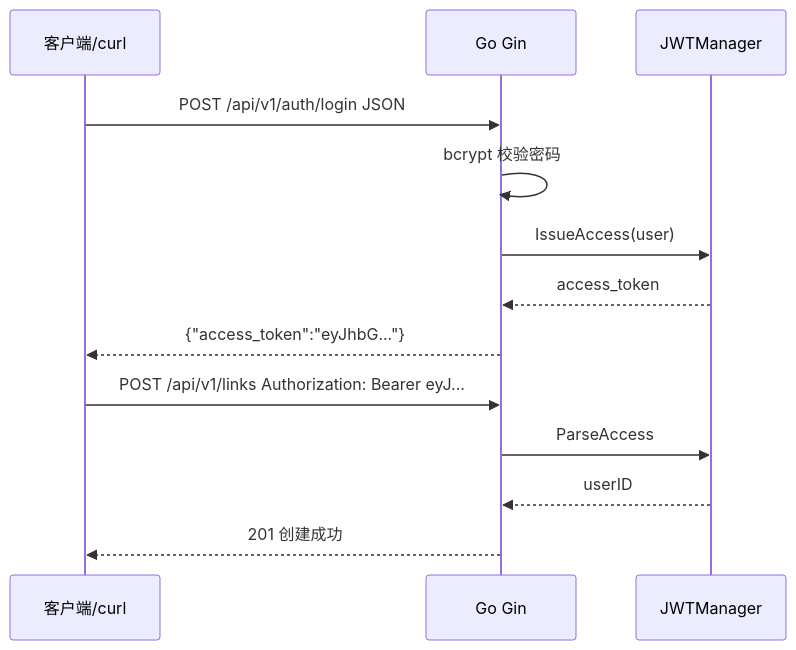
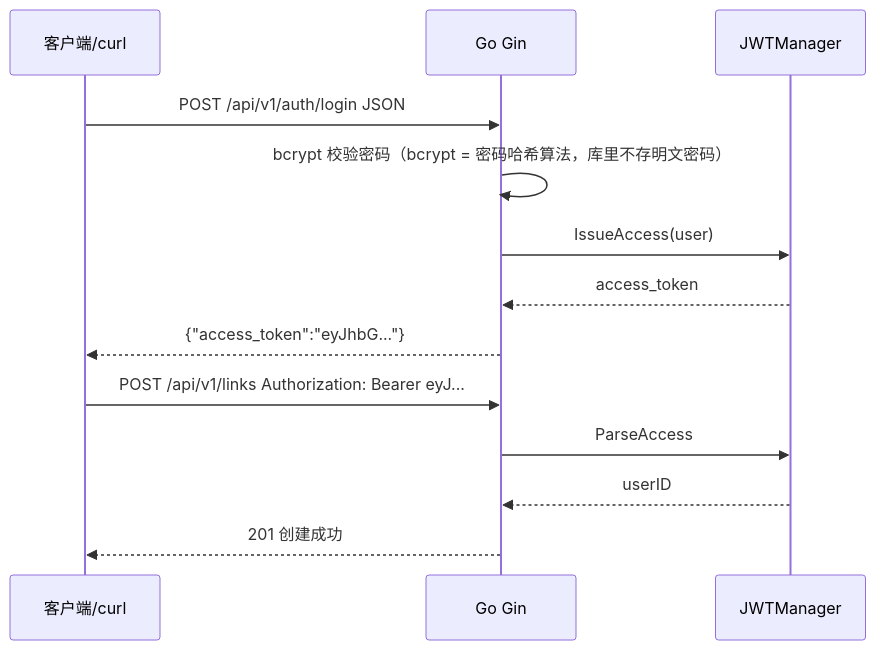
The fifth of 7 diagrams in 前端学习/计算机网络/06-缓存Cookie与会话机制.md (moqix26/study), drawn with Mermaid before and after one commit. The commit also changed other lines of this file and 7 other files, not shown here.

````diff
--- a/前端学习/计算机网络/06-缓存Cookie与会话机制.md
+++ b/前端学习/计算机网络/06-缓存Cookie与会话机制.md
@@ -527,16 +540,16 @@
 ```mermaid
 sequenceDiagram
     participant C as 客户端/curl
     participant G as Go Gin
     participant J as JWTManager
 
     C->>G: POST /api/v1/auth/login JSON
-    G->>G: bcrypt 校验密码
+    G->>G: bcrypt 校验密码（bcrypt = 密码哈希算法，库里不存明文密码）
     G->>J: IssueAccess(user)
     J-->>G: access_token
     G-->>C: {"access_token":"eyJhbG..."}
     C->>G: POST /api/v1/links Authorization: Bearer eyJ...
     G->>J: ParseAccess
     J-->>G: userID
     G-->>C: 201 创建成功
 ```
````
